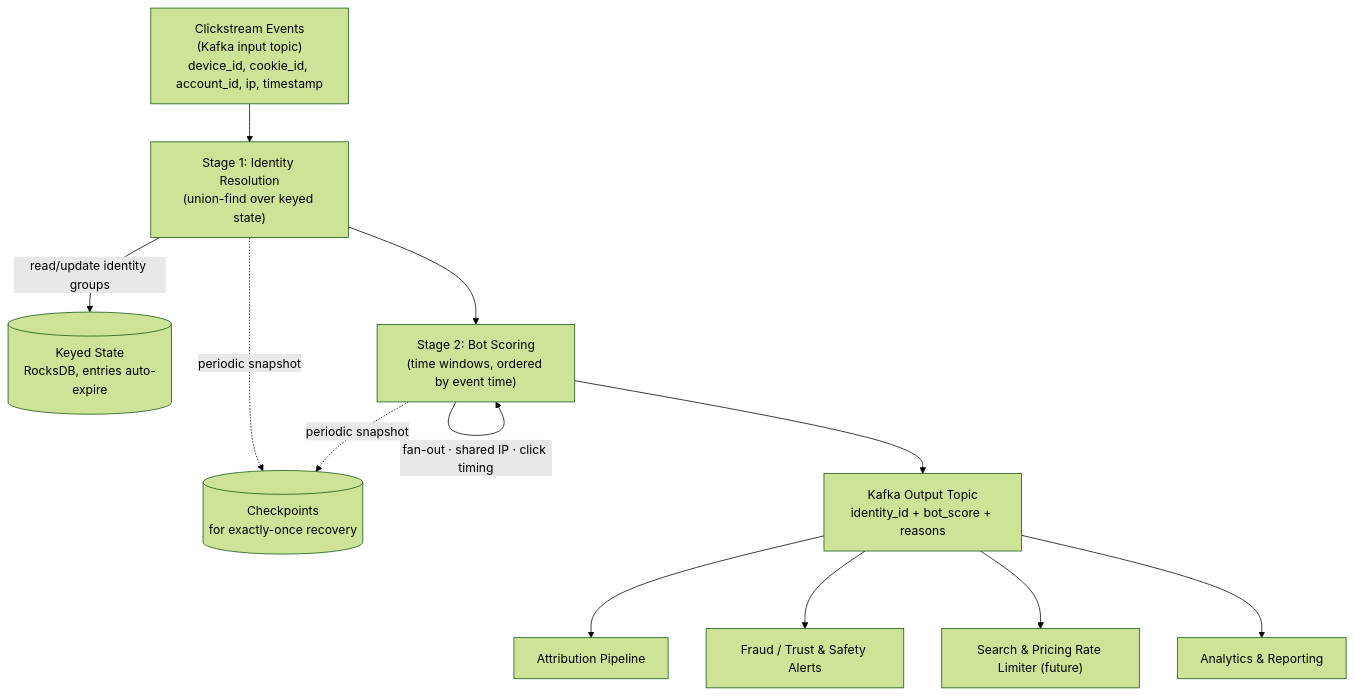
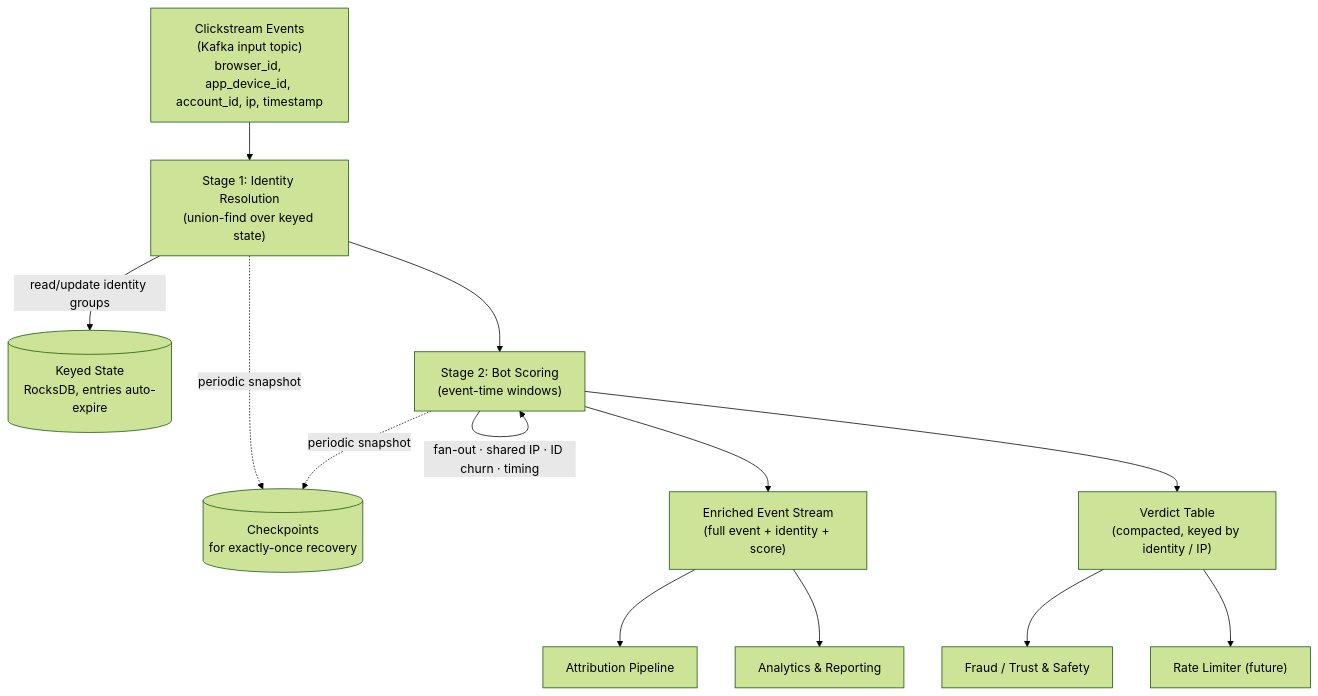
The diagram in docs/TECH_DESIGN.md (Minal18/identity-bot-pipeline), drawn with Mermaid (forest theme) before and after one commit. The commit also changed other lines of this file and 1 other file, not shown here.

First line of the commit message:
Correct the identifier model and fix the output contract

````diff
--- a/docs/TECH_DESIGN.md
+++ b/docs/TECH_DESIGN.md
@@ -28,14 +55,15 @@
 ```mermaid
 flowchart TD
-    A["Clickstream Events<br/>(Kafka input topic)<br/>device_id, cookie_id, account_id, ip, timestamp"] --> B["Stage 1: Identity Resolution<br/>(union-find over keyed state)"]
+    A["Clickstream Events<br/>(Kafka input topic)<br/>browser_id, app_device_id, account_id, ip, timestamp"] --> B["Stage 1: Identity Resolution<br/>(union-find over keyed state)"]
     B -- "read/update identity groups" --> C[("Keyed State<br/>RocksDB, entries auto-expire")]
-    B --> D["Stage 2: Bot Scoring<br/>(time windows, ordered by event time)"]
-    D -- "fan-out · shared IP · click timing" --> D
+    B --> D["Stage 2: Bot Scoring<br/>(event-time windows)"]
+    D -- "fan-out · shared IP · ID churn · timing" --> D
     B -. "periodic snapshot" .-> E[("Checkpoints<br/>for exactly-once recovery")]
     D -. "periodic snapshot" .-> E
-    D --> F["Kafka Output Topic<br/>identity_id + bot_score + reasons"]
-    F --> G["Attribution Pipeline"]
-    F --> H["Fraud / Trust & Safety Alerts"]
-    F --> I["Search & Pricing Rate Limiter (future)"]
-    F --> J["Analytics & Reporting"]
+    D --> F["Enriched Event Stream<br/>(full event + identity + score)"]
+    D --> G["Verdict Table<br/>(compacted, keyed by identity / IP)"]
+    F --> H["Attribution Pipeline"]
+    F --> I["Analytics & Reporting"]
+    G --> J["Fraud / Trust & Safety"]
+    G --> K["Rate Limiter (future)"]
 ```
````
